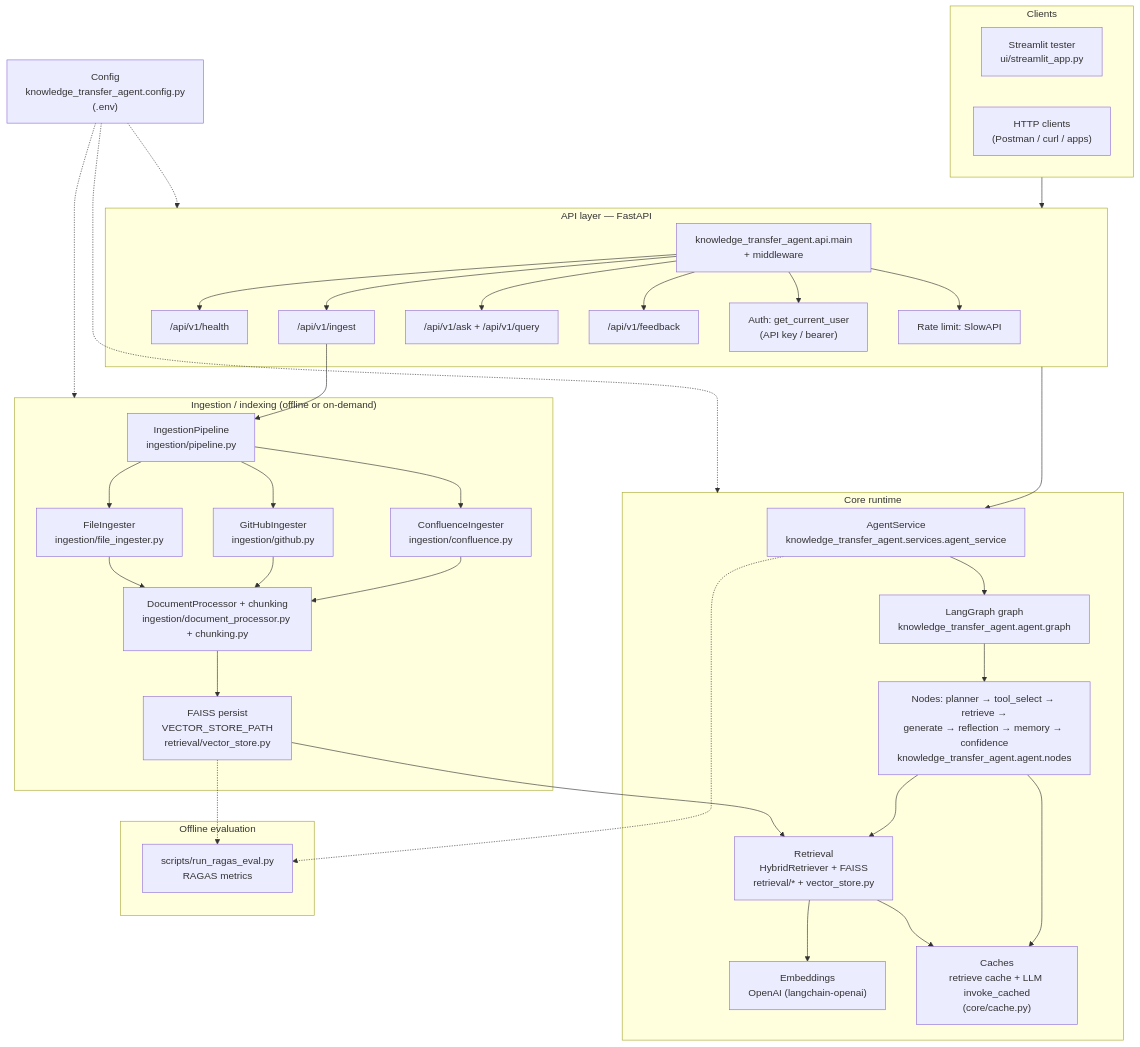
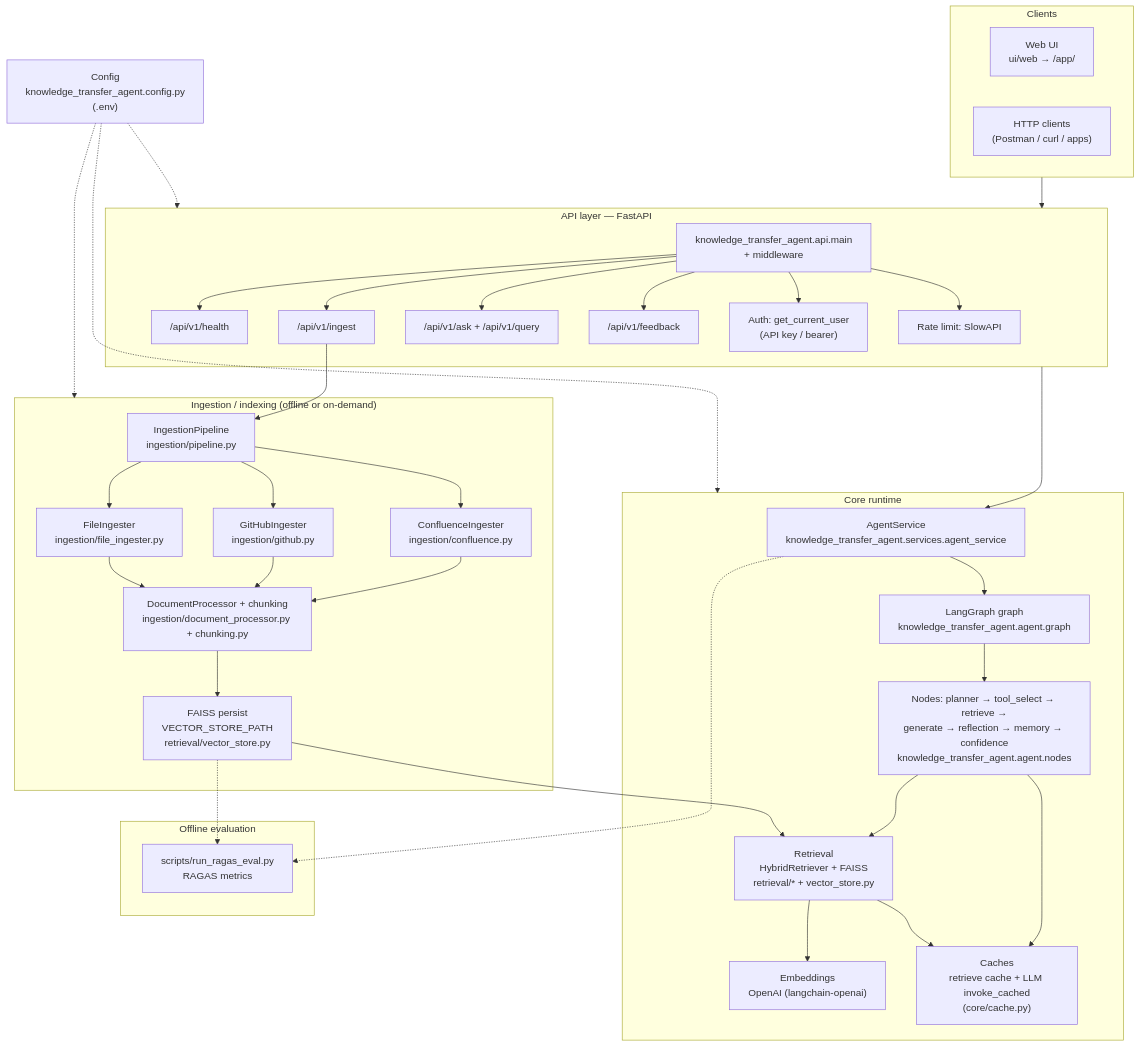
Before and after one commit to Gautamprakash17/enterprise-knowledge-transfer-agent: the diagram in docs/diagrams/project_system_architecture.mmd, drawn with Mermaid. The commit also changed 4 other files, not shown here.

```diff
--- a/docs/diagrams/project_system_architecture.mmd
+++ b/docs/diagrams/project_system_architecture.mmd
@@ -1,70 +1,70 @@
 %% Enterprise Knowledge Transfer Agent — system architecture (high level)
 %% Render: https://mermaid.live  OR  mmdc -i project_system_architecture.mmd -o project_system_architecture.png
 
 flowchart TB
   subgraph Clients["Clients"]
-    C1["Streamlit tester\nui/streamlit_app.py"]
+    C1["Web UI\nui/web → /app/"]
     C2["HTTP clients\n(Postman / curl / apps)"]
   end
 
   subgraph API["API layer — FastAPI"]
     M["knowledge_transfer_agent.api.main\n+ middleware"]
     R1["/api/v1/health"]
     R2["/api/v1/ingest"]
     R3["/api/v1/ask + /api/v1/query"]
     R4["/api/v1/feedback"]
     SEC["Auth: get_current_user\n(API key / bearer)"]
     RL["Rate limit: SlowAPI"]
     M --> SEC
     M --> RL
     M --> R1
     M --> R2
     M --> R3
     M --> R4
   end
 
   subgraph Core["Core runtime"]
     SVC["AgentService\nknowledge_transfer_agent.services.agent_service"]
     G["LangGraph graph\nknowledge_transfer_agent.agent.graph"]
     N["Nodes: planner → tool_select → retrieve →\ngenerate → reflection → memory → confidence\nknowledge_transfer_agent.agent.nodes"]
     RET["Retrieval\nHybridRetriever + FAISS\nretrieval/* + vector_store.py"]
     EMB["Embeddings\nOpenAI (langchain-openai)"]
     CACHE["Caches\nretrieve cache + LLM invoke_cached\n(core/cache.py)"]
     SVC --> G --> N
     N --> RET
     RET --> EMB
     N --> CACHE
     RET --> CACHE
   end
 
   subgraph Ingest["Ingestion / indexing (offline or on-demand)"]
     P["IngestionPipeline\ningestion/pipeline.py"]
     CF["ConfluenceIngester\ningestion/confluence.py"]
     GH["GitHubIngester\ningestion/github.py"]
     FI["FileIngester\ningestion/file_ingester.py"]
     DP["DocumentProcessor + chunking\ningestion/document_processor.py + chunking.py"]
     VS["FAISS persist\nVECTOR_STORE_PATH\nretrieval/vector_store.py"]
     P --> CF
     P --> GH
     P --> FI
     CF --> DP
     GH --> DP
     FI --> DP
     DP --> VS
   end
 
   subgraph Eval["Offline evaluation"]
     RAGAS["scripts/run_ragas_eval.py\nRAGAS metrics"]
   end
 
   CFG["Config\nknowledge_transfer_agent.config.py\n(.env)"]
 
   Clients --> API
   API --> SVC
   R2 --> P
   VS --> RET
   CFG -.-> API
   CFG -.-> Core
   CFG -.-> Ingest
   SVC -.-> RAGAS
   VS -.-> RAGAS
```
